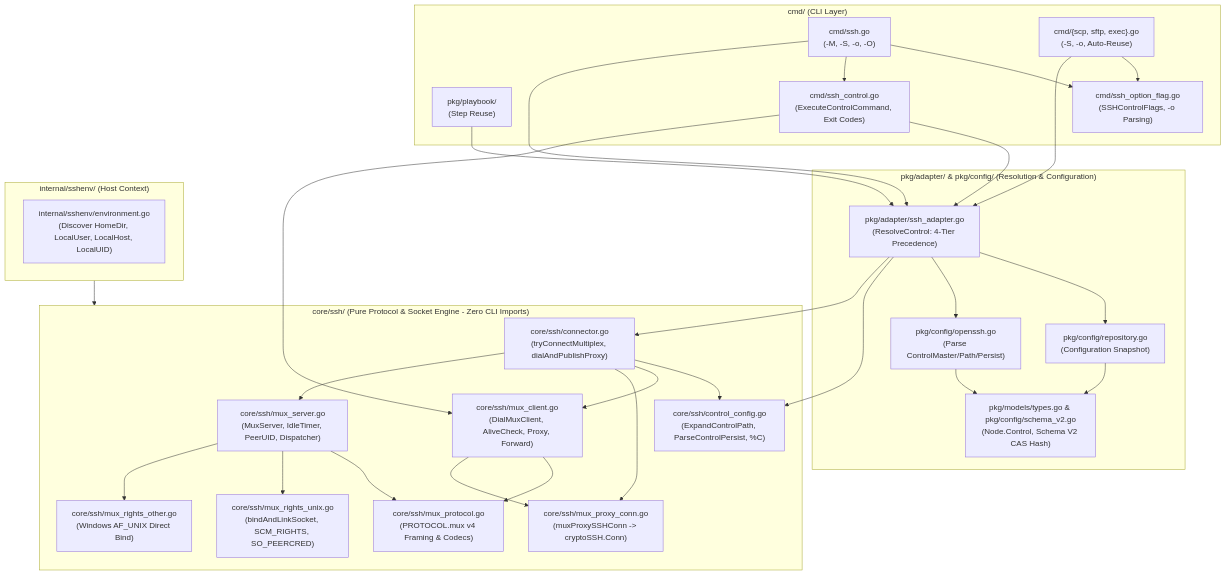
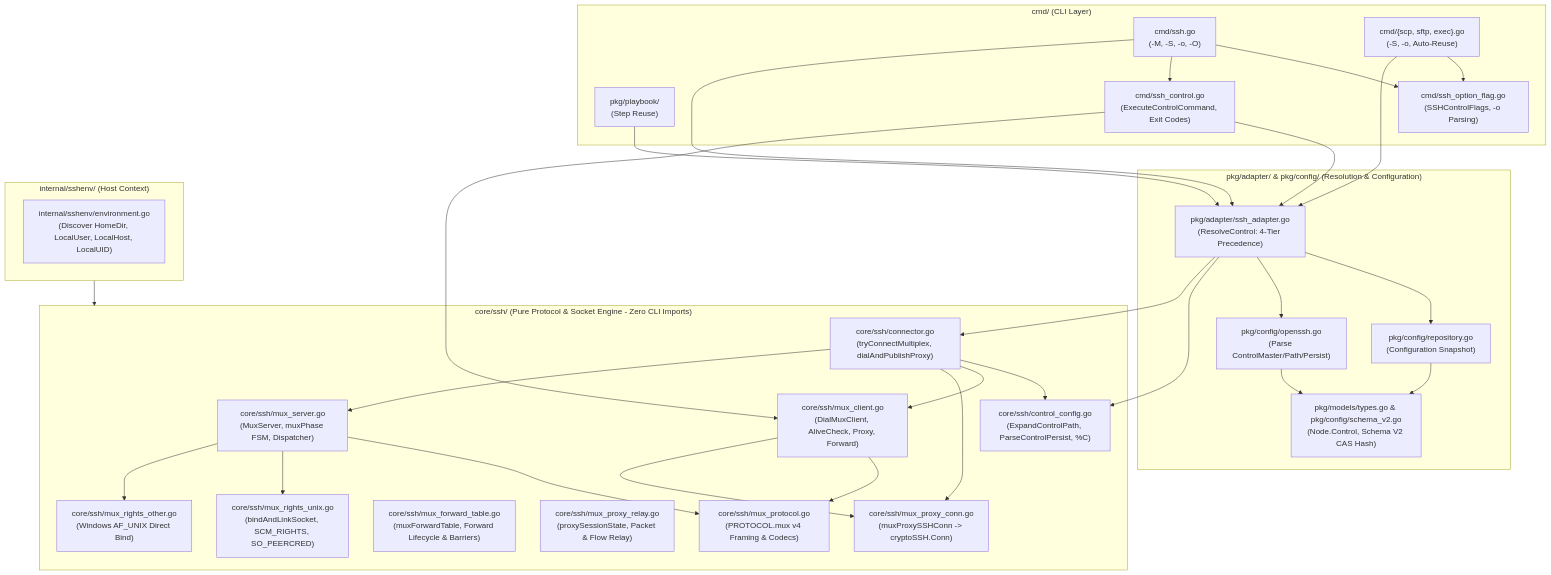
Before and after one commit to wentf9/xops-cli: the first of 2 diagrams in docs/development/openssh-multiplexing-design.md, drawn with Mermaid. The commit also changed other lines of this file and 13 other files, not shown here.

Commit message:
refactor(ssh): introduce explicit MuxServer lifecycle FSM and single-lock forward table

````diff
--- a/docs/development/openssh-multiplexing-design.md
+++ b/docs/development/openssh-multiplexing-design.md
@@ -53,57 +53,59 @@
 ```mermaid
 flowchart TD
     subgraph CLI["cmd/ (CLI Layer)"]
         SSHCmd["cmd/ssh.go\n(-M, -S, -o, -O)"]
         OtherCmds["cmd/{scp, sftp, exec}.go\n(-S, -o, Auto-Reuse)"]
         Playbook["pkg/playbook/\n(Step Reuse)"]
         SSHControl["cmd/ssh_control.go\n(ExecuteControlCommand, Exit Codes)"]
         SSHFlag["cmd/ssh_option_flag.go\n(SSHControlFlags, -o Parsing)"]
     end
 
     subgraph ConfigAdapter["pkg/adapter/ & pkg/config/ (Resolution & Configuration)"]
         Adapter["pkg/adapter/ssh_adapter.go\n(ResolveControl: 4-Tier Precedence)"]
         CfgRepo["pkg/config/repository.go\n(Configuration Snapshot)"]
         OpenSSHParser["pkg/config/openssh.go\n(Parse ControlMaster/Path/Persist)"]
         Models["pkg/models/types.go & pkg/config/schema_v2.go\n(Node.Control, Schema V2 CAS Hash)"]
     end
 
     subgraph EnvDiscovery["internal/sshenv/ (Host Context)"]
         SSHEIDiscover["internal/sshenv/environment.go\n(Discover HomeDir, LocalUser, LocalHost, LocalUID)"]
     end
 
     subgraph CoreSSH["core/ssh/ (Pure Protocol & Socket Engine - Zero CLI Imports)"]
         Connector["core/ssh/connector.go\n(tryConnectMultiplex, dialAndPublishProxy)"]
         CtrlCfg["core/ssh/control_config.go\n(ExpandControlPath, ParseControlPersist, %C)"]
         MuxProto["core/ssh/mux_protocol.go\n(PROTOCOL.mux v4 Framing & Codecs)"]
         MuxClient["core/ssh/mux_client.go\n(DialMuxClient, AliveCheck, Proxy, Forward)"]
         MuxProxy["core/ssh/mux_proxy_conn.go\n(muxProxySSHConn -> cryptoSSH.Conn)"]
-        MuxServer["core/ssh/mux_server.go\n(MuxServer, IdleTimer, PeerUID, Dispatcher)"]
+        MuxServer["core/ssh/mux_server.go\n(MuxServer, muxPhase FSM, Dispatcher)"]
+        MuxFwdTable["core/ssh/mux_forward_table.go\n(muxForwardTable, Forward Lifecycle & Barriers)"]
+        MuxRelay["core/ssh/mux_proxy_relay.go\n(proxySessionState, Packet & Flow Relay)"]
         MuxUnix["core/ssh/mux_rights_unix.go\n(bindAndLinkSocket, SCM_RIGHTS, SO_PEERCRED)"]
         MuxOther["core/ssh/mux_rights_other.go\n(Windows AF_UNIX Direct Bind)"]
     end
 
     SSHCmd --> SSHFlag
     SSHCmd --> SSHControl
     OtherCmds --> SSHFlag
     Playbook --> Adapter
     SSHControl --> Adapter
     SSHControl --> MuxClient
     SSHCmd --> Adapter
     OtherCmds --> Adapter
     Adapter --> CfgRepo
     Adapter --> OpenSSHParser
     Adapter --> CtrlCfg
     CfgRepo --> Models
     OpenSSHParser --> Models
     EnvDiscovery --> CoreSSH
     Adapter --> Connector
     Connector --> CtrlCfg
     Connector --> MuxClient
     Connector --> MuxProxy
     Connector --> MuxServer
     MuxServer --> MuxProto
     MuxServer --> MuxUnix
     MuxServer --> MuxOther
     MuxClient --> MuxProto
     MuxClient --> MuxProxy
 ```
````
